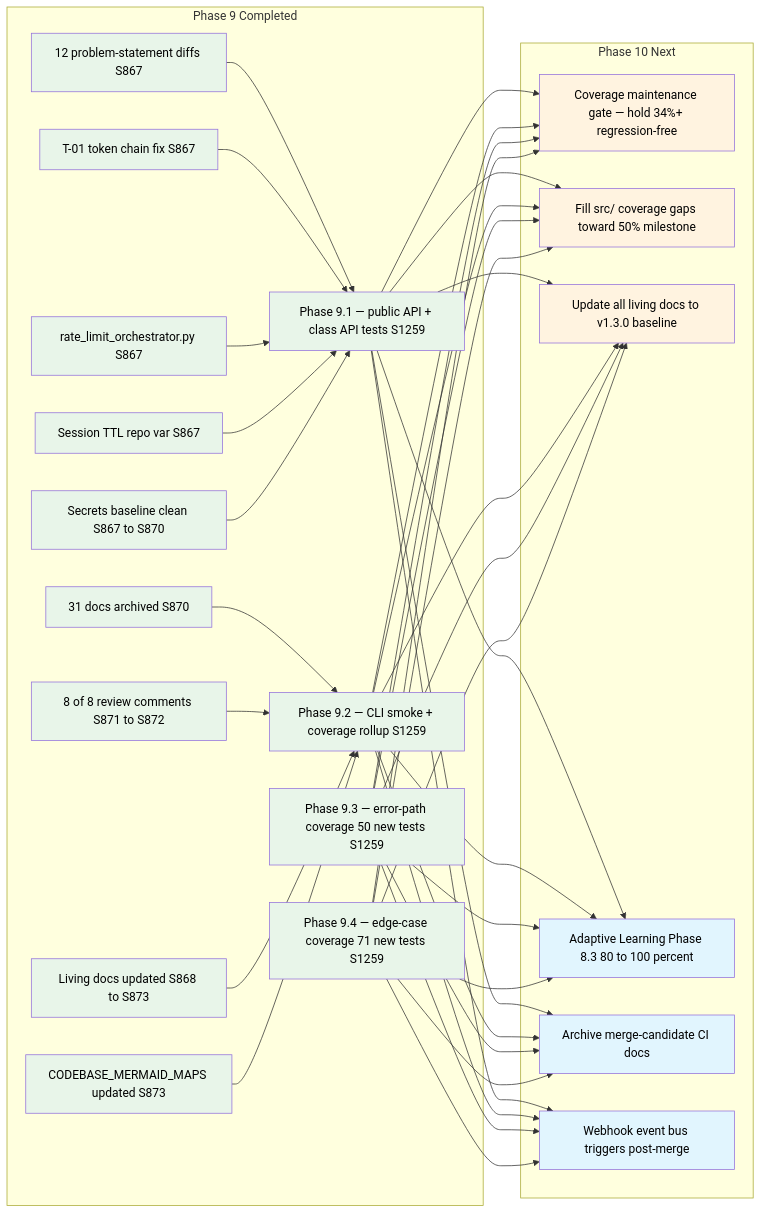
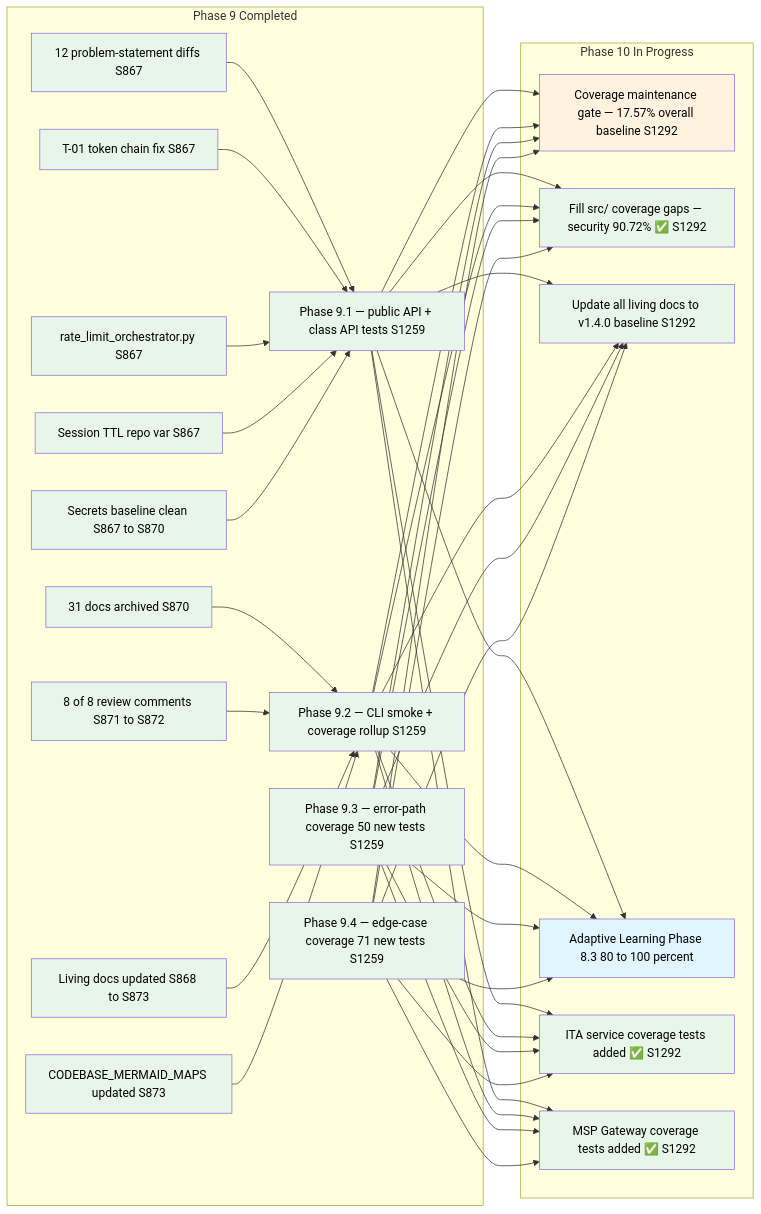
One commit to Aries-Serpent/_codex_ changed diagram 16 of 18 in docs/CODEBASE_MERMAID_MAPS.md. Above: the diagram before and after it, drawn with Mermaid. The commit also changed other lines of this file and 4 other files, not shown here.

Commit message:
docs: refresh mermaid diagrams and architecture docs to S1292 v1.4.0

````diff
--- a/docs/CODEBASE_MERMAID_MAPS.md
+++ b/docs/CODEBASE_MERMAID_MAPS.md
@@ -643,51 +644,51 @@
 ```mermaid
 graph LR
     subgraph "Phase 9 Completed"
         P9A[12 problem-statement diffs S867]
         P9B[T-01 token chain fix S867]
         P9C[rate_limit_orchestrator.py S867]
         P9D[Session TTL repo var S867]
         P9E[Secrets baseline clean S867 to S870]
         P9F[31 docs archived S870]
         P9G[8 of 8 review comments S871 to S872]
         P9H[Living docs updated S868 to S873]
         P9I[CODEBASE_MERMAID_MAPS updated S873]
         P9J[Phase 9.1 — public API + class API tests S1259]
         P9K[Phase 9.2 — CLI smoke + coverage rollup S1259]
         P9L[Phase 9.3 — error-path coverage 50 new tests S1259]
         P9M[Phase 9.4 — edge-case coverage 71 new tests S1259]
     end
 
-    subgraph "Phase 10 Next"
-        P10A[Coverage maintenance gate — hold 34%+ regression-free]
-        P10B[Fill src/ coverage gaps toward 50% milestone]
-        P10C[Update all living docs to v1.3.0 baseline]
+    subgraph "Phase 10 In Progress"
+        P10A[Coverage maintenance gate — 17.57% overall baseline S1292]
+        P10B[Fill src/ coverage gaps — security 90.72% ✅ S1292]
+        P10C[Update all living docs to v1.4.0 baseline S1292]
         P10D[Adaptive Learning Phase 8.3 80 to 100 percent]
-        P10E[Archive merge-candidate CI docs]
-        P10F[Webhook event bus triggers post-merge]
+        P10E[ITA service coverage tests added ✅ S1292]
+        P10F[MSP Gateway coverage tests added ✅ S1292]
     end
 
     P9A & P9B & P9C & P9D & P9E --> P9J
     P9F & P9G & P9H & P9I --> P9K
     P9J & P9K & P9L & P9M --> P10A & P10B & P10C & P10D & P10E & P10F
 
     style P9A fill:#e8f5e9,color:#000
     style P9B fill:#e8f5e9,color:#000
     style P9C fill:#e8f5e9,color:#000
     style P9D fill:#e8f5e9,color:#000
     style P9E fill:#e8f5e9,color:#000
     style P9F fill:#e8f5e9,color:#000
     style P9G fill:#e8f5e9,color:#000
     style P9H fill:#e8f5e9,color:#000
     style P9I fill:#e8f5e9,color:#000
     style P9J fill:#e8f5e9,color:#000
     style P9K fill:#e8f5e9,color:#000
     style P9L fill:#e8f5e9,color:#000
     style P9M fill:#e8f5e9,color:#000
     style P10A fill:#fff3e0,color:#000
-    style P10B fill:#fff3e0,color:#000
-    style P10C fill:#fff3e0,color:#000
+    style P10B fill:#e8f5e9,color:#000
+    style P10C fill:#e8f5e9,color:#000
     style P10D fill:#e1f5fe,color:#000
-    style P10E fill:#e1f5fe,color:#000
-    style P10F fill:#e1f5fe,color:#000
+    style P10E fill:#e8f5e9,color:#000
+    style P10F fill:#e8f5e9,color:#000
 ```
````
